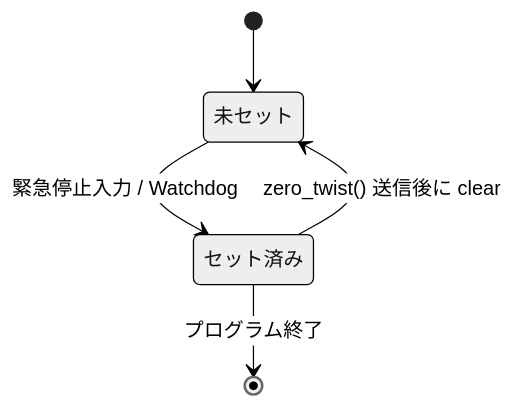
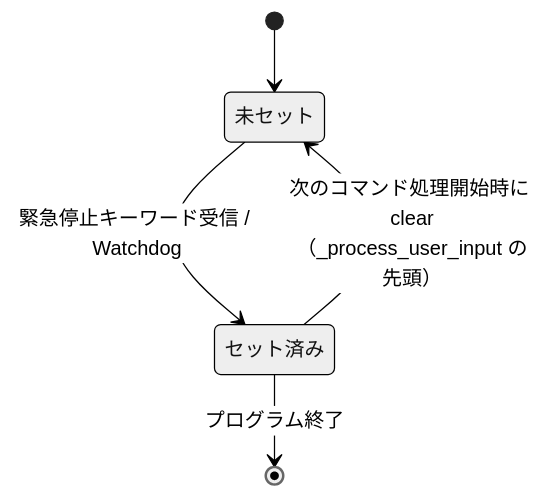
Before and after one commit to sato-susumu/susumu_agent: the seventh of 10 diagrams in docs/Design.md, drawn with Mermaid (neutral theme). The commit also changed other lines of this file and 6 other files, not shown here.

````diff
--- a/docs/Design.md
+++ b/docs/Design.md
@@ -452,7 +476,7 @@
 ```mermaid
 stateDiagram-v2
     [*] --> 未セット
-    未セット --> セット済み : 緊急停止入力 / Watchdog
-    セット済み --> 未セット : zero_twist() 送信後に clear
+    未セット --> セット済み : 緊急停止キーワード受信 / Watchdog
+    セット済み --> 未セット : 次のコマンド処理開始時に clear（_process_user_input の先頭）
     セット済み --> [*] : プログラム終了
 ```
````
